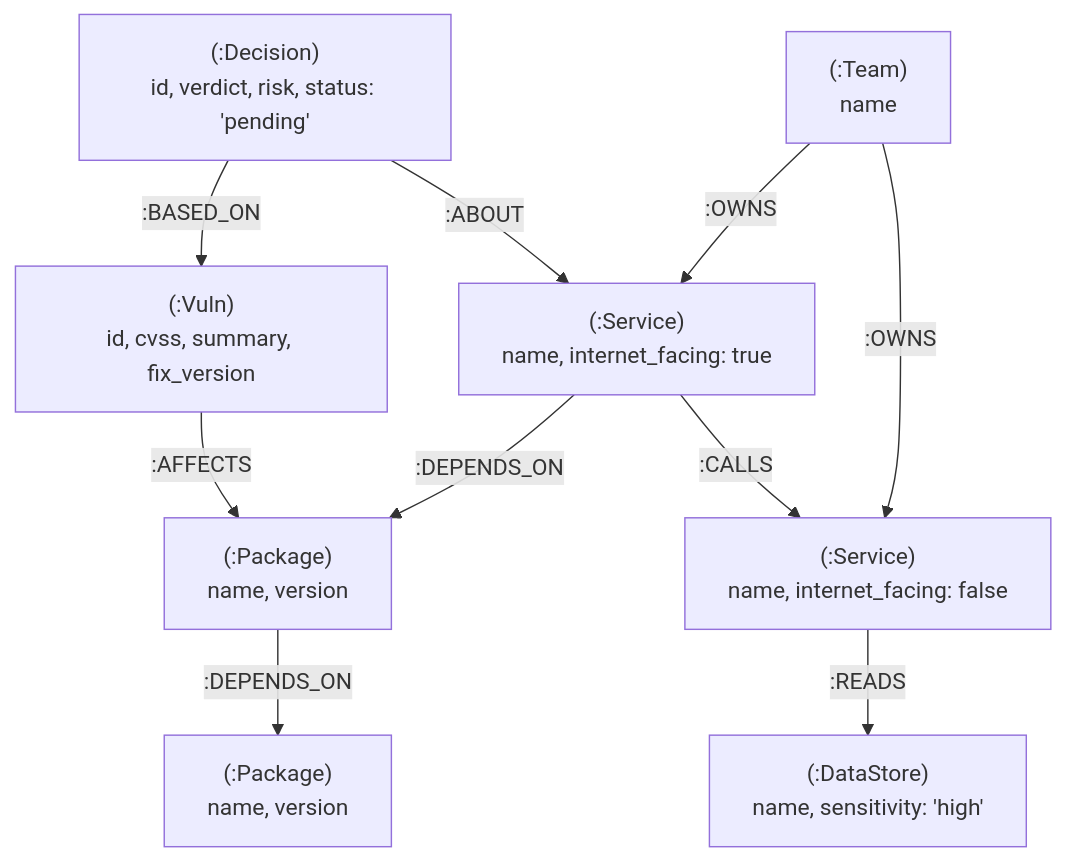
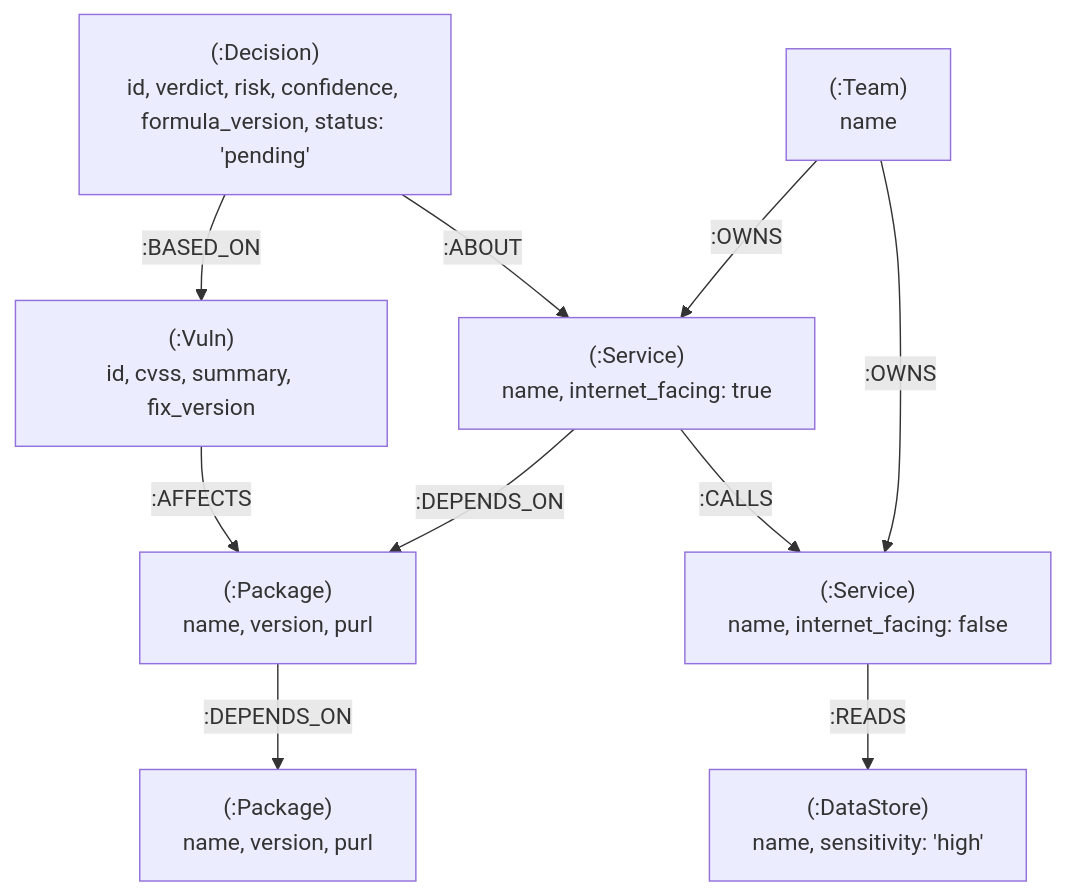
One commit to anurag-23werty/VulnGraph changed the first of 2 diagrams in README.md. Above: the diagram before and after it, drawn with Mermaid. The commit also changed other lines of this file and 1 other file, not shown here.

Commit message:
docs: update README with Five Production Properties, ablation benchmarks, sensitivity tables, and operations guide; enhance UI with decision rejection flow

````diff
--- a/README.md
+++ b/README.md
@@ -83,16 +129,16 @@
 ```mermaid
 graph TD
-    Vuln["(:Vuln)<br>id, cvss, summary, fix_version"] -->|:AFFECTS| Pkg1["(:Package)<br>name, version"]
-    Pkg1 -->|:DEPENDS_ON| Pkg2["(:Package)<br>name, version"]
+    Vuln["(:Vuln)<br>id, cvss, summary, fix_version"] -->|:AFFECTS| Pkg1["(:Package)<br>name, version, purl"]
+    Pkg1 -->|:DEPENDS_ON| Pkg2["(:Package)<br>name, version, purl"]
     
     Svc1["(:Service)<br>name, internet_facing: true"] -->|:DEPENDS_ON| Pkg1
     Svc1 -->|:CALLS| Svc2["(:Service)<br>name, internet_facing: false"]
     
     Svc2 -->|:READS| DS["(:DataStore)<br>name, sensitivity: 'high'"]
     
     Team["(:Team)<br>name"] -->|:OWNS| Svc1
     Team -->|:OWNS| Svc2
     
-    Dec["(:Decision)<br>id, verdict, risk, status: 'pending'"] -->|:BASED_ON| Vuln
+    Dec["(:Decision)<br>id, verdict, risk, confidence, formula_version, status: 'pending'"] -->|:BASED_ON| Vuln
     Dec -->|:ABOUT| Svc1
 ```
````
